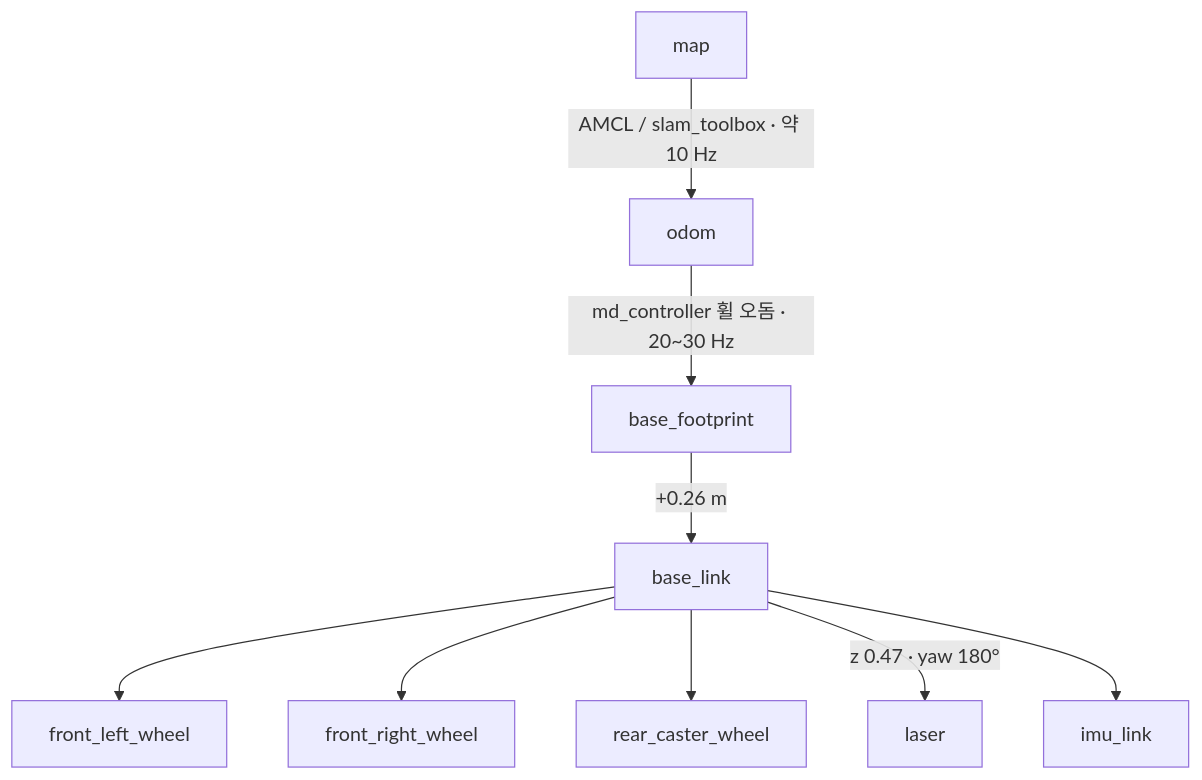
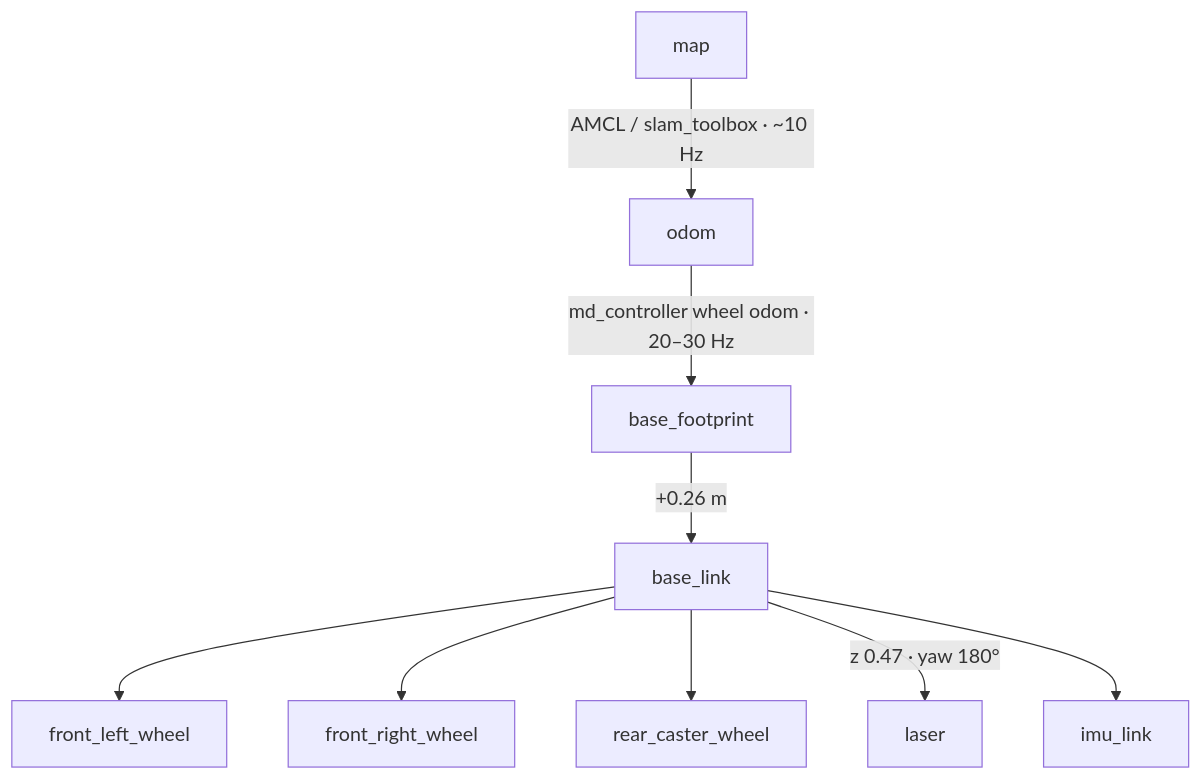
The second of 3 diagrams in README.md (OMZcapstone/omz_ws), drawn with Mermaid before and after one commit. The commit also changed other lines of this file and 2 other files, not shown here.

````diff
--- a/README.md
+++ b/README.md
@@ -175,11 +183,11 @@
 ```mermaid
 flowchart TD
-    map["map"] -->|"AMCL / slam_toolbox · 약 10 Hz"| odom["odom"]
-    odom -->|"md_controller 휠 오돔 · 20~30 Hz"| bf["base_footprint"]
+    map["map"] -->|"AMCL / slam_toolbox · ~10 Hz"| odom["odom"]
+    odom -->|"md_controller wheel odom · 20–30 Hz"| bf["base_footprint"]
     bf -->|"+0.26 m"| bl["base_link"]
     bl --> fl["front_left_wheel"]
     bl --> fr["front_right_wheel"]
     bl --> rc["rear_caster_wheel"]
     bl -->|"z 0.47 · yaw 180°"| laser["laser"]
     bl --> imu["imu_link"]
 ```
````
